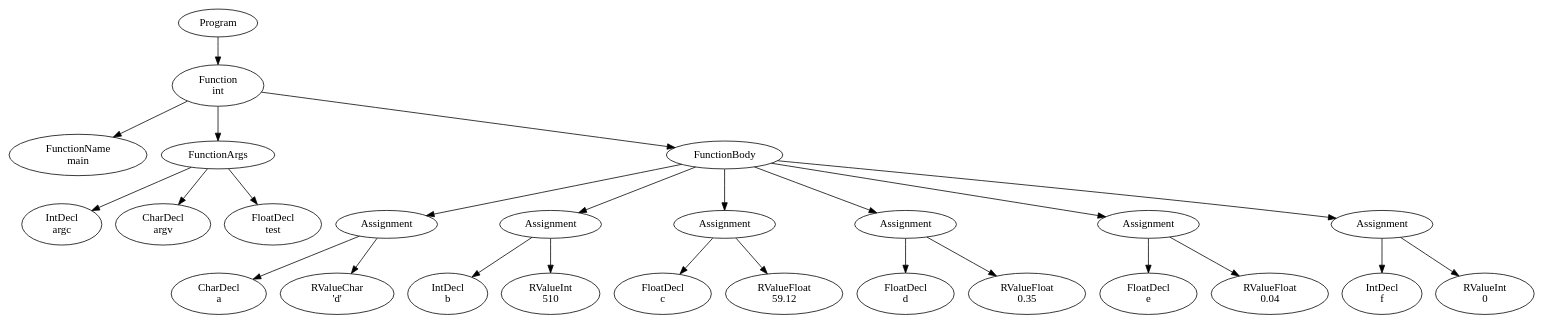
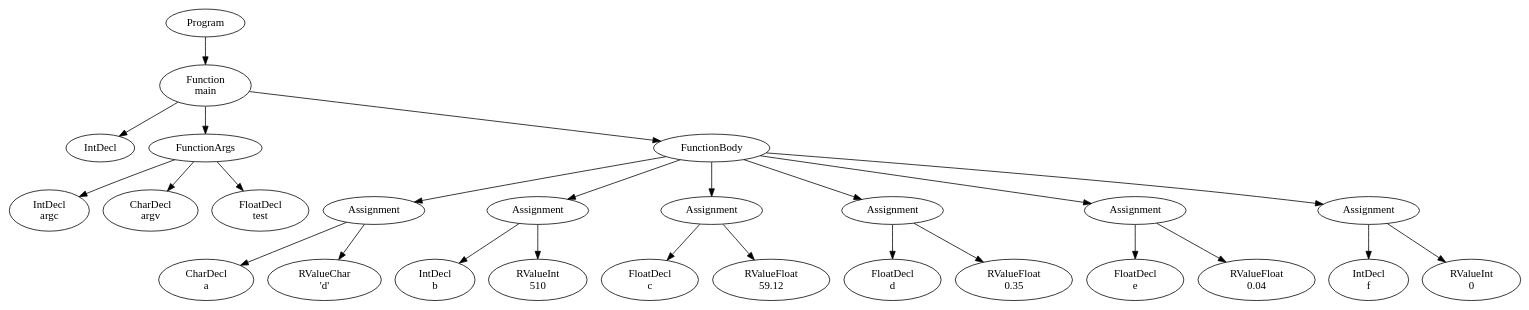
The diagram in official/res/solutions/assignments2.dot (FedericoQuin/Compilers), drawn with Graphviz before and after one commit. The commit also changed 18 other files, not shown here.

```diff
--- a/official/res/solutions/assignments2.dot
+++ b/official/res/solutions/assignments2.dot
@@ -1,53 +1,53 @@
 digraph AST {
 1 [label="Program"];
-2 [label="Function \nint"];
-3 [label="FunctionName \nmain"];
+2 [label="Function \nmain"];
+3 [label="IntDecl"];
 4 [label="FunctionArgs"];
 5 [label="IntDecl \nargc"];
 6 [label="CharDecl \nargv"];
 7 [label="FloatDecl \ntest"];
 4 -> 5;
 4 -> 6;
 4 -> 7;
 8 [label="FunctionBody"];
 9 [label="Assignment"];
 10 [label="CharDecl \na"];
 11 [label="RValueChar \n'd'"];
 9 -> 10;
 9 -> 11;
 12 [label="Assignment"];
 13 [label="IntDecl \nb"];
 14 [label="RValueInt \n510"];
 12 -> 13;
 12 -> 14;
 15 [label="Assignment"];
 16 [label="FloatDecl \nc"];
 17 [label="RValueFloat \n59.12"];
 15 -> 16;
 15 -> 17;
 18 [label="Assignment"];
 19 [label="FloatDecl \nd"];
 20 [label="RValueFloat \n0.35"];
 18 -> 19;
 18 -> 20;
 21 [label="Assignment"];
 22 [label="FloatDecl \ne"];
 23 [label="RValueFloat \n0.04"];
 21 -> 22;
 21 -> 23;
 24 [label="Assignment"];
 25 [label="IntDecl \nf"];
 26 [label="RValueInt \n0"];
 24 -> 25;
 24 -> 26;
 8 -> 9;
 8 -> 12;
 8 -> 15;
 8 -> 18;
 8 -> 21;
 8 -> 24;
 2 -> 3;
 2 -> 4;
 2 -> 8;
 1 -> 2;
 }
```
